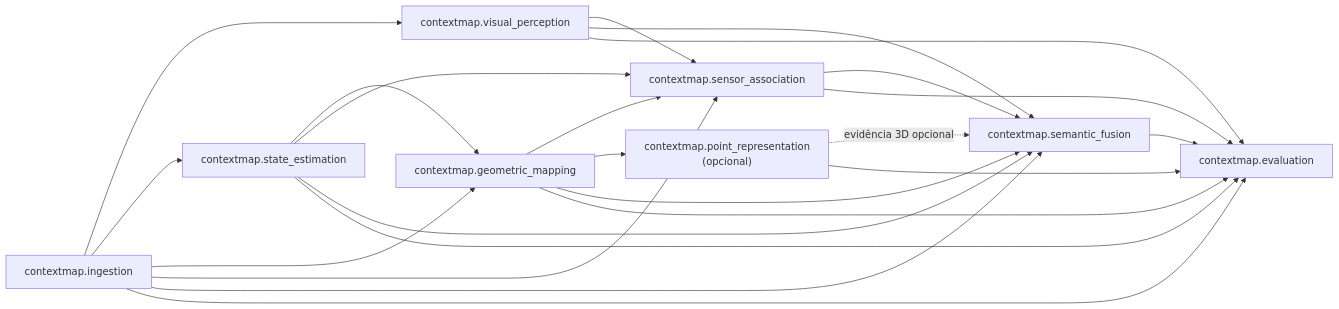
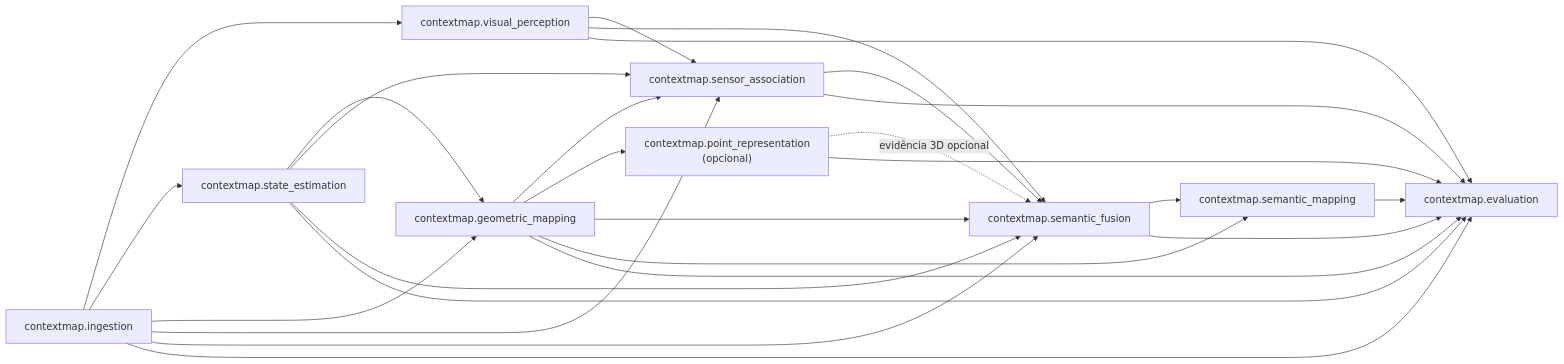
One commit to Alexandre-Tortoza/contextmap2 changed the diagram in docs/module-api.md. Above: the diagram before and after it, drawn with Mermaid. The commit also changed other lines of this file and 8 other files, not shown here.

First line of the commit message:
docs(semantic-mapping): integrate the milestone into the global documentation

````diff
--- a/docs/module-api.md
+++ b/docs/module-api.md
@@ -36,26 +36,29 @@
 ```mermaid
 flowchart LR
     ING["contextmap.ingestion"] --> VP["contextmap.visual_perception"]
     ING --> ST["contextmap.state_estimation"]
     ING --> GM["contextmap.geometric_mapping"]
     ST --> GM["contextmap.geometric_mapping"]
     ING --> SA["contextmap.sensor_association"]
     VP --> SA["contextmap.sensor_association"]
     ST --> SA
     GM --> SA
     GM --> PR["contextmap.point_representation<br/>(opcional)"]
     ING --> SF["contextmap.semantic_fusion"]
     VP --> SF
     ST --> SF
     GM --> SF
     SA --> SF["contextmap.semantic_fusion"]
     PR -. evidência 3D opcional .-> SF
+    GM --> SM["contextmap.semantic_mapping"]
+    SF --> SM
 
     ING --> EV["contextmap.evaluation"]
     VP --> EV["contextmap.evaluation"]
     ST --> EV
     GM --> EV
     SA --> EV
     PR --> EV
     SF --> EV
+    SM --> EV
 ```
````
